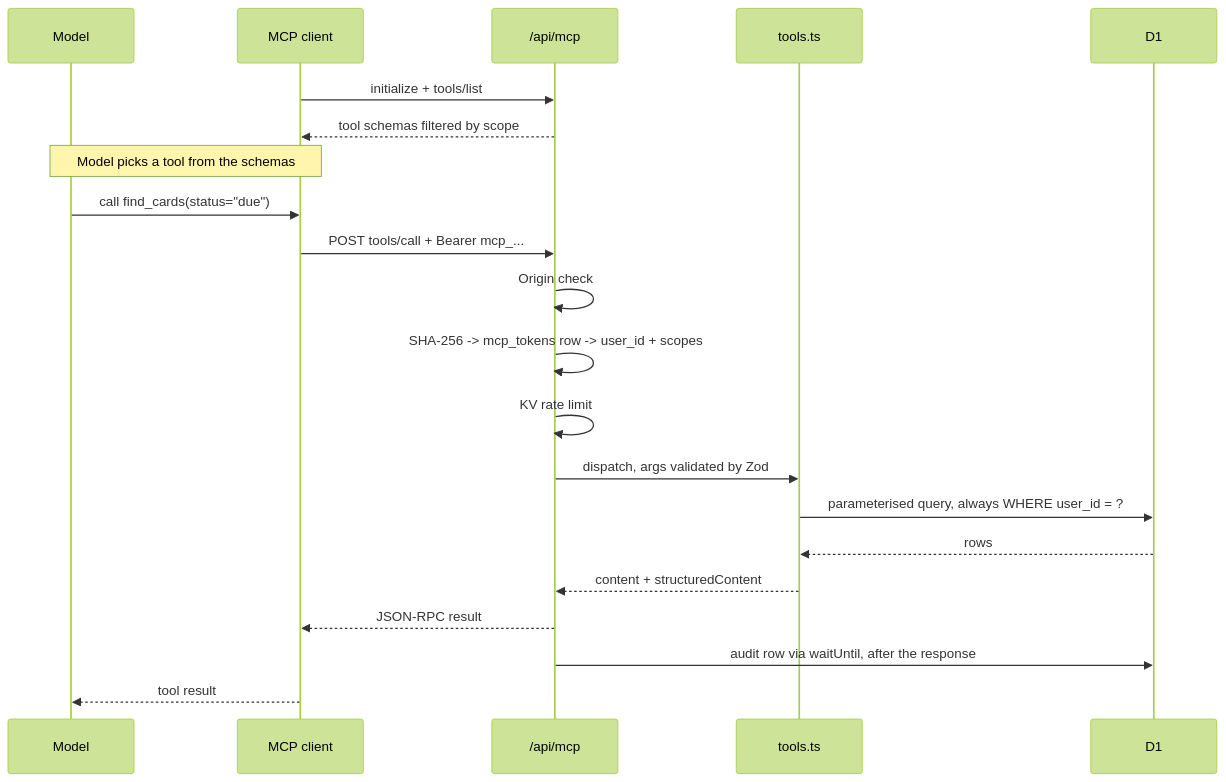
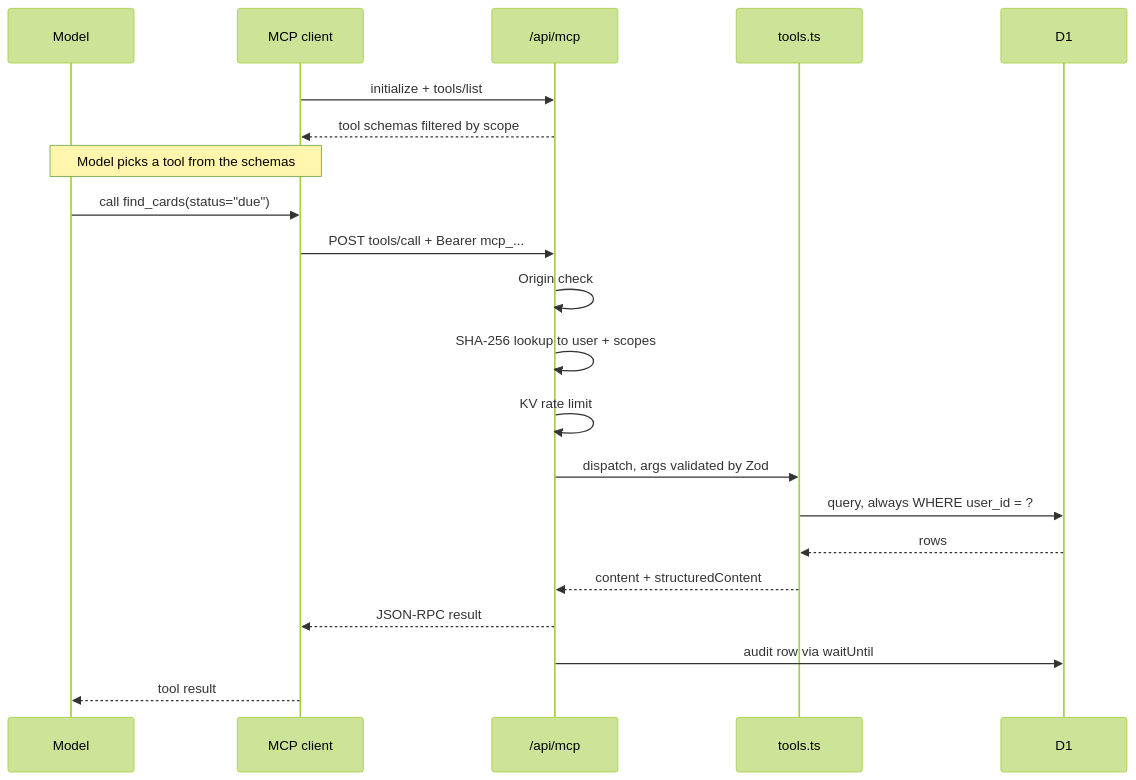
Before and after one commit to sebastiangeiger01/ankitalk: the fifth of 12 diagrams in docs/mcp-presentation.md, drawn with Mermaid (forest theme). The commit also changed other lines of this file, not shown here.

First line of the commit message:
Improve diagram legibility in the MCP walkthrough

````diff
--- a/docs/mcp-presentation.md
+++ b/docs/mcp-presentation.md
@@ -137,25 +137,25 @@
 ```mermaid
 sequenceDiagram
   participant M as Model
   participant C as MCP client
   participant E as /api/mcp
   participant T as tools.ts
   participant D as D1
 
   C->>E: initialize + tools/list
   E-->>C: tool schemas filtered by scope
   Note over M,C: Model picks a tool from the schemas
 
   M->>C: call find_cards(status="due")
   C->>E: POST tools/call + Bearer mcp_...
   E->>E: Origin check
-  E->>E: SHA-256 -> mcp_tokens row -> user_id + scopes
+  E->>E: SHA-256 lookup to user + scopes
   E->>E: KV rate limit
   E->>T: dispatch, args validated by Zod
-  T->>D: parameterised query, always WHERE user_id = ?
+  T->>D: query, always WHERE user_id = ?
   D-->>T: rows
   T-->>E: content + structuredContent
   E-->>C: JSON-RPC result
-  E->>D: audit row via waitUntil, after the response
+  E->>D: audit row via waitUntil
   C-->>M: tool result
 ```
````
